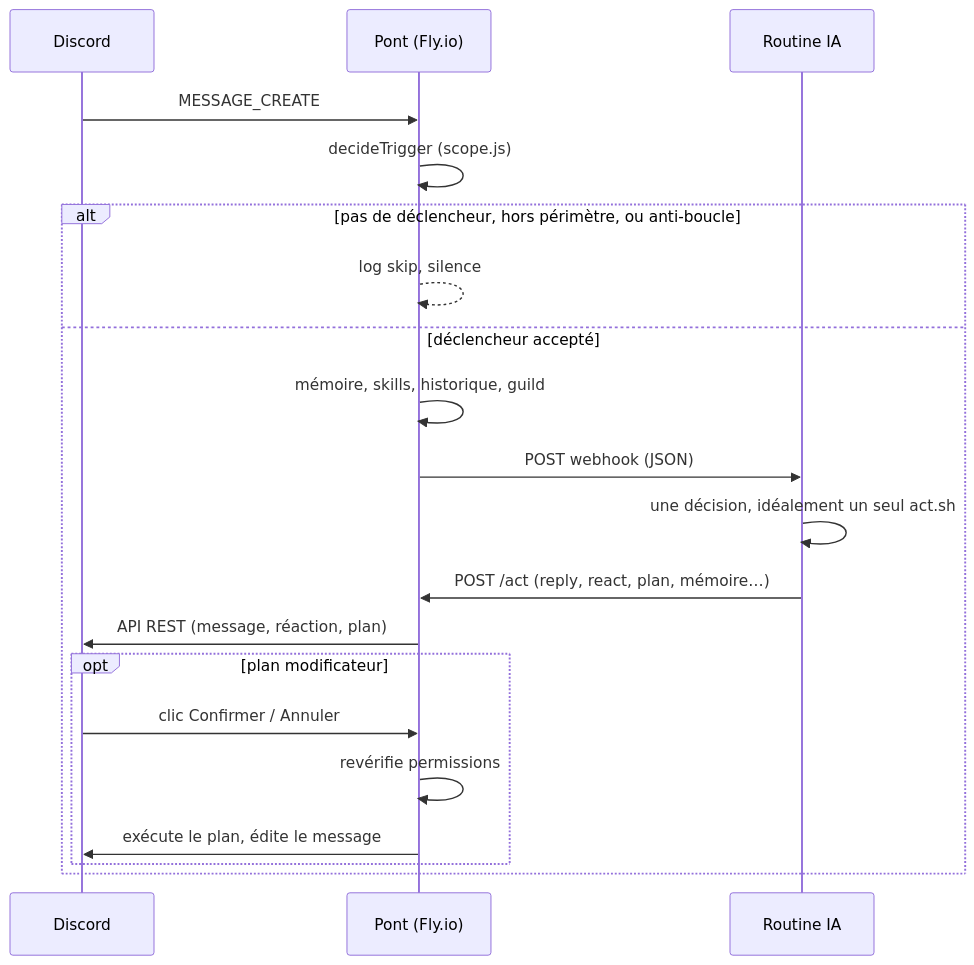
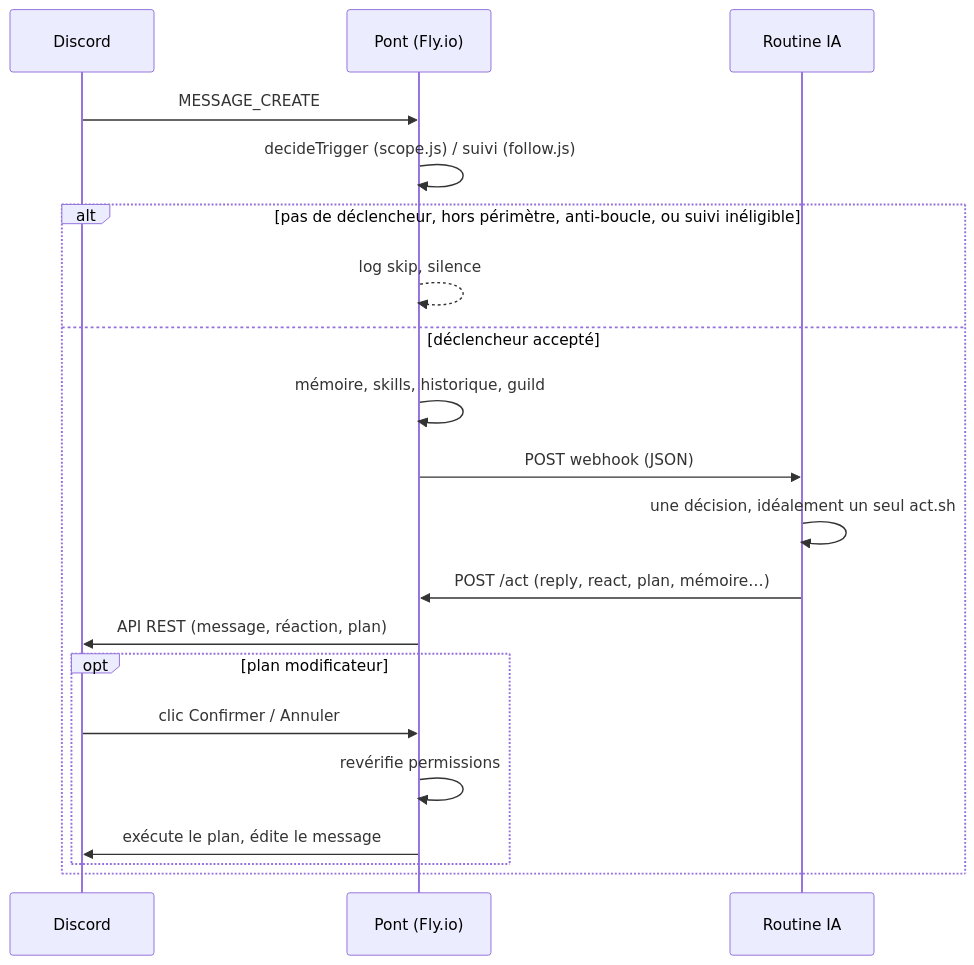
One commit to Onirez/cum-slayer changed the diagram in docs/architecture.md. Above: the diagram before and after it, drawn with Mermaid. The commit also changed 15 other files, not shown here.

````diff
--- a/docs/architecture.md
+++ b/docs/architecture.md
@@ -12,23 +12,23 @@
 ```mermaid
 sequenceDiagram
   participant D as Discord
   participant B as Pont (Fly.io)
   participant R as Routine IA
 
   D->>B: MESSAGE_CREATE
-  B->>B: decideTrigger (scope.js)
-  alt pas de déclencheur, hors périmètre, ou anti-boucle
+  B->>B: decideTrigger (scope.js) / suivi (follow.js)
+  alt pas de déclencheur, hors périmètre, anti-boucle, ou suivi inéligible
     B-->>B: log skip, silence
   else déclencheur accepté
     B->>B: mémoire, skills, historique, guild
     B->>R: POST webhook (JSON)
     R->>R: une décision, idéalement un seul act.sh
     R->>B: POST /act (reply, react, plan, mémoire…)
     B->>D: API REST (message, réaction, plan)
     opt plan modificateur
       D->>B: clic Confirmer / Annuler
       B->>B: revérifie permissions
       B->>D: exécute le plan, édite le message
     end
   end
 ```
````
